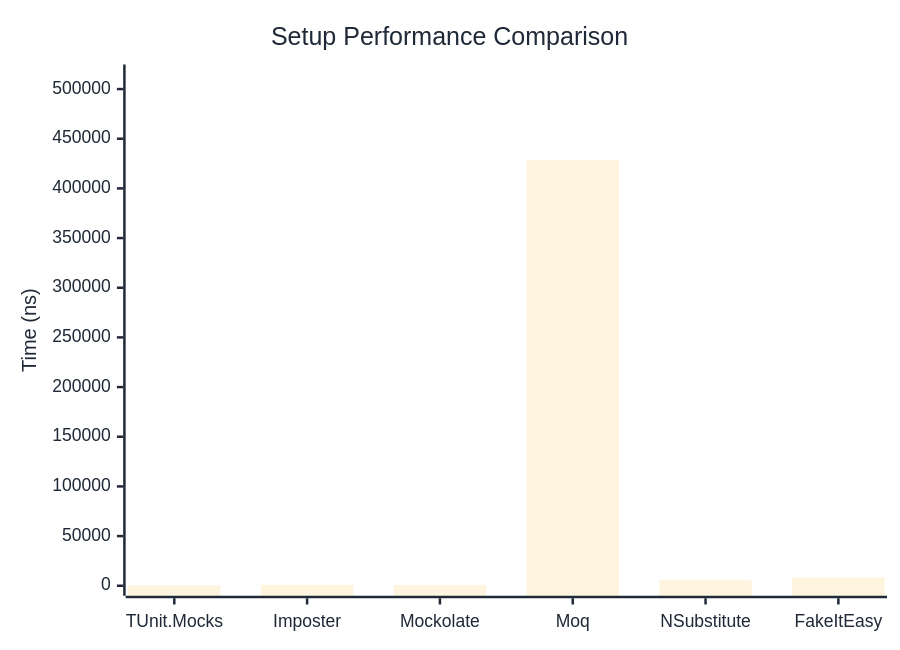
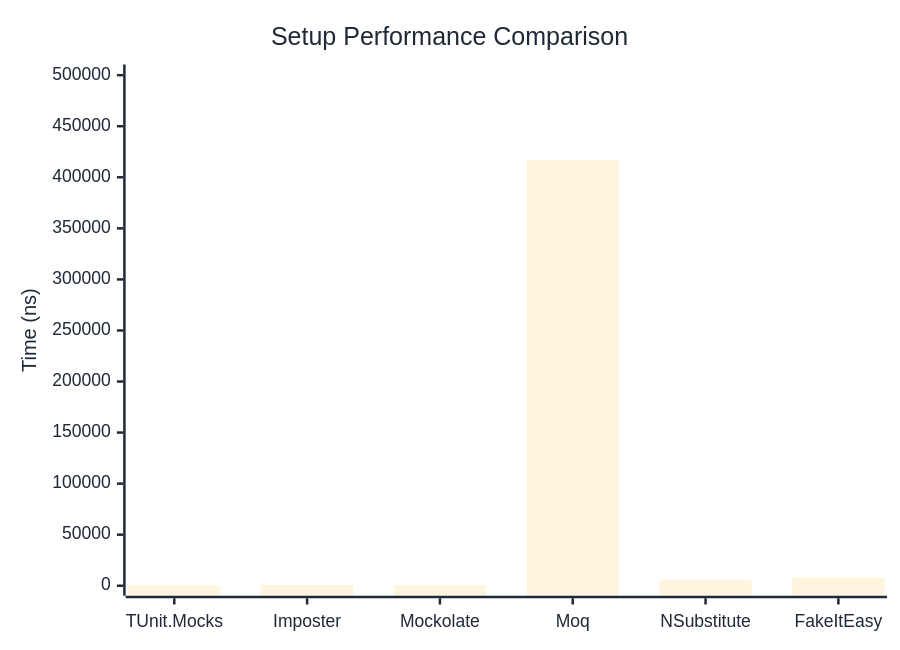
One commit to weiyilai/TUnit changed the first of 2 diagrams in docs/docs/benchmarks/mocks/Setup.md. Above: the diagram before and after it, drawn with Mermaid. The commit also changed other lines of this file and 14 other files, not shown here.

````diff
--- a/docs/docs/benchmarks/mocks/Setup.md
+++ b/docs/docs/benchmarks/mocks/Setup.md
@@ -28,27 +28,27 @@
 ```mermaid
 %%{init: {
   'theme':'base',
   'themeVariables': {
     'primaryColor': '#2563eb',
     'primaryTextColor': '#1f2937',
     'primaryBorderColor': '#1e40af',
     'lineColor': '#6b7280',
     'secondaryColor': '#7c3aed',
     'tertiaryColor': '#dc2626',
     'background': '#ffffff',
     'pie1': '#2563eb',
     'pie2': '#7c3aed',
     'pie3': '#dc2626',
     'pie4': '#f59e0b',
     'pie5': '#10b981',
     'pie6': '#06b6d4',
     'pie7': '#ec4899',
     'pie8': '#6366f1'
   }
 }}%%
 xychart-beta
   title "Setup Performance Comparison"
   x-axis ["TUnit.Mocks", "Imposter", "Mockolate", "Moq", "NSubstitute", "FakeItEasy"]
-  y-axis "Time (ns)" 0 --> 514653
-  bar [455.1, 852, 621.7, 428876.9, 5538.6, 8397.7]
+  y-axis "Time (ns)" 0 --> 500663
+  bar [413, 749.5, 578.9, 417219, 5473.3, 7966.6]
 ```
````
